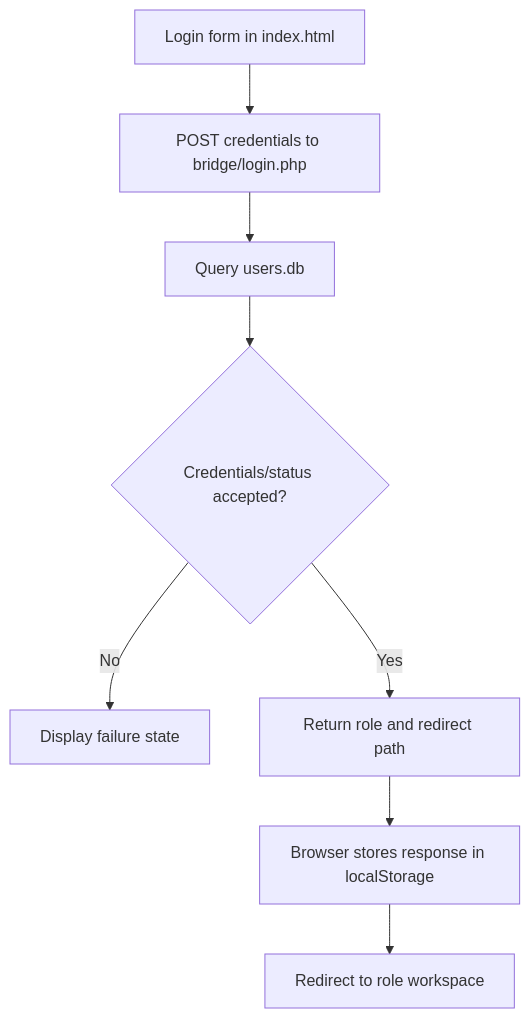
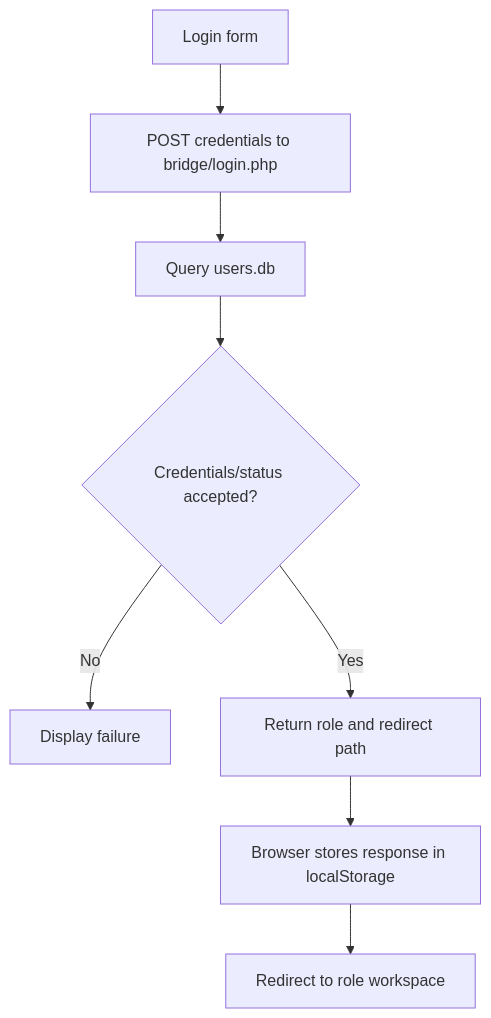
Before and after one commit to Brajesh31/ATOM-Hospital: the diagram in docs/role-workflows.md, drawn with Mermaid. The commit also changed other lines of this file, not shown here.

```diff
--- a/docs/role-workflows.md
+++ b/docs/role-workflows.md
@@ -7,10 +7,10 @@
 ~~~mermaid
 flowchart TD
-  A[Login form in index.html] --> B[POST credentials to bridge/login.php]
+  A[Login form] --> B[POST credentials to bridge/login.php]
   B --> C[Query users.db]
   C --> D{Credentials/status accepted?}
-  D -->|No| E[Display failure state]
+  D -->|No| E[Display failure]
   D -->|Yes| F[Return role and redirect path]
   F --> G[Browser stores response in localStorage]
   G --> H[Redirect to role workspace]
 ~~~
```
